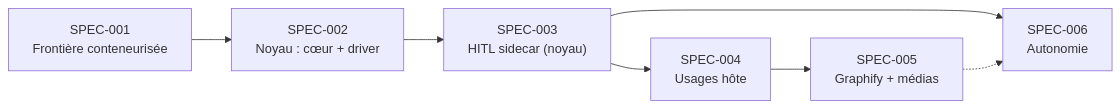
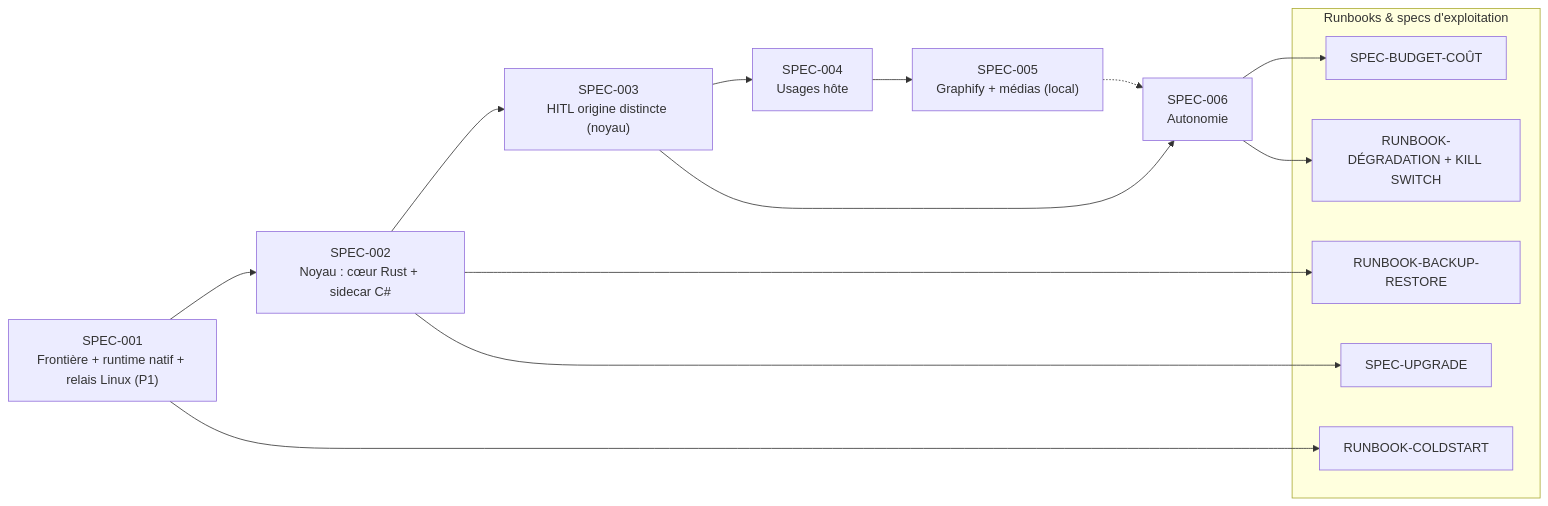
Before and after one commit to elidrissifaouzir1987/HelixOS: the diagram in ROADMAP-SPECS.md, drawn with Mermaid. The commit also changed other lines of this file and 2 other files, not shown here.

First line of the commit message:
HelixOS design hardening: apply stress-test decisions (constitution v1.4.0, architecture v1.2, roadmap v4)

````diff
--- a/ROADMAP-SPECS.md
+++ b/ROADMAP-SPECS.md
@@ -7,9 +14,23 @@
 ```mermaid
 flowchart LR
-    S1["SPEC-001<br/>Frontière conteneurisée"] --> S2["SPEC-002<br/>Noyau : cœur + driver"]
-    S2 --> S3["SPEC-003<br/>HITL sidecar (noyau)"]
+    S1["SPEC-001<br/>Frontière + runtime natif + relais Linux (P1)"] --> S2["SPEC-002<br/>Noyau : cœur Rust + sidecar C#"]
+    S2 --> S3["SPEC-003<br/>HITL origine distincte (noyau)"]
     S3 --> S4["SPEC-004<br/>Usages hôte"]
-    S4 --> S5["SPEC-005<br/>Graphify + médias"]
+    S4 --> S5["SPEC-005<br/>Graphify + médias (local)"]
     S3 --> S6["SPEC-006<br/>Autonomie"]
     S5 -.-> S6
+
+    subgraph RB["Runbooks & specs d'exploitation"]
+        R1["RUNBOOK-BACKUP-RESTORE"]
+        R2["SPEC-UPGRADE"]
+        R3["RUNBOOK-COLDSTART"]
+        R4["SPEC-BUDGET-COÛT"]
+        R5["RUNBOOK-DÉGRADATION + KILL SWITCH"]
+    end
+
+    S1 --> R3
+    S2 --> R1
+    S2 --> R2
+    S6 --> R4
+    S6 --> R5
 ```
````
